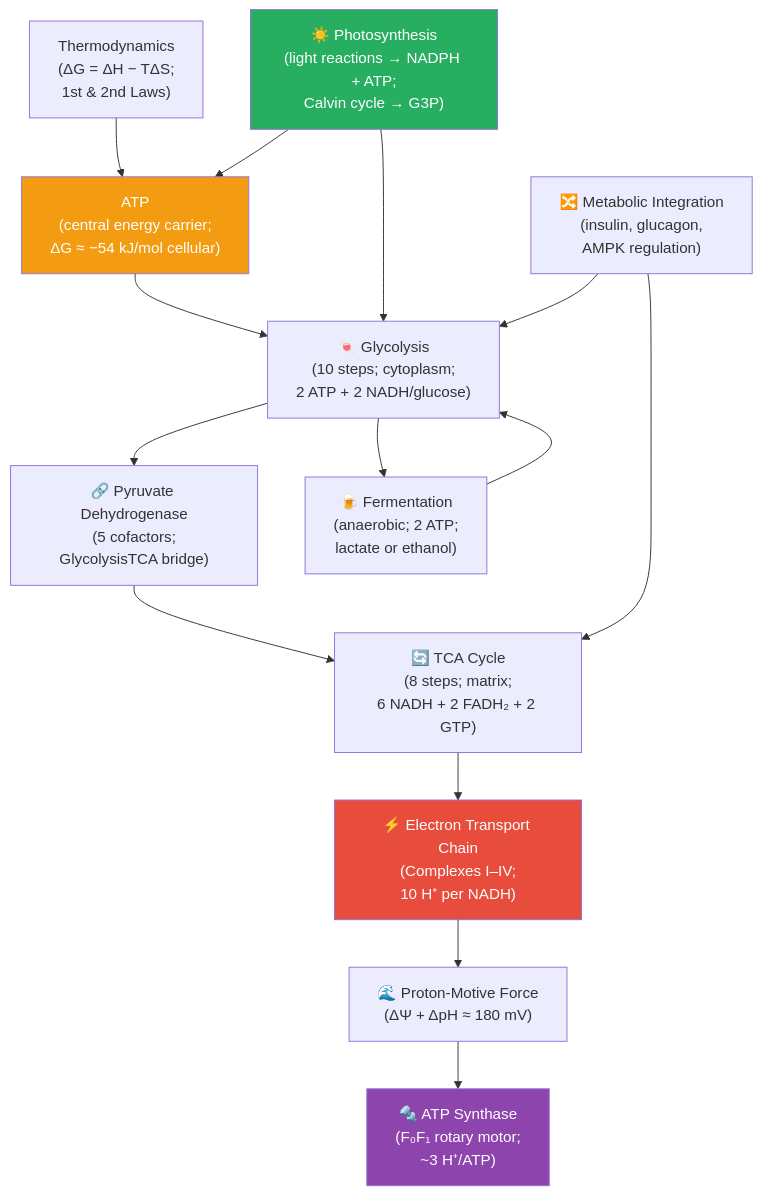
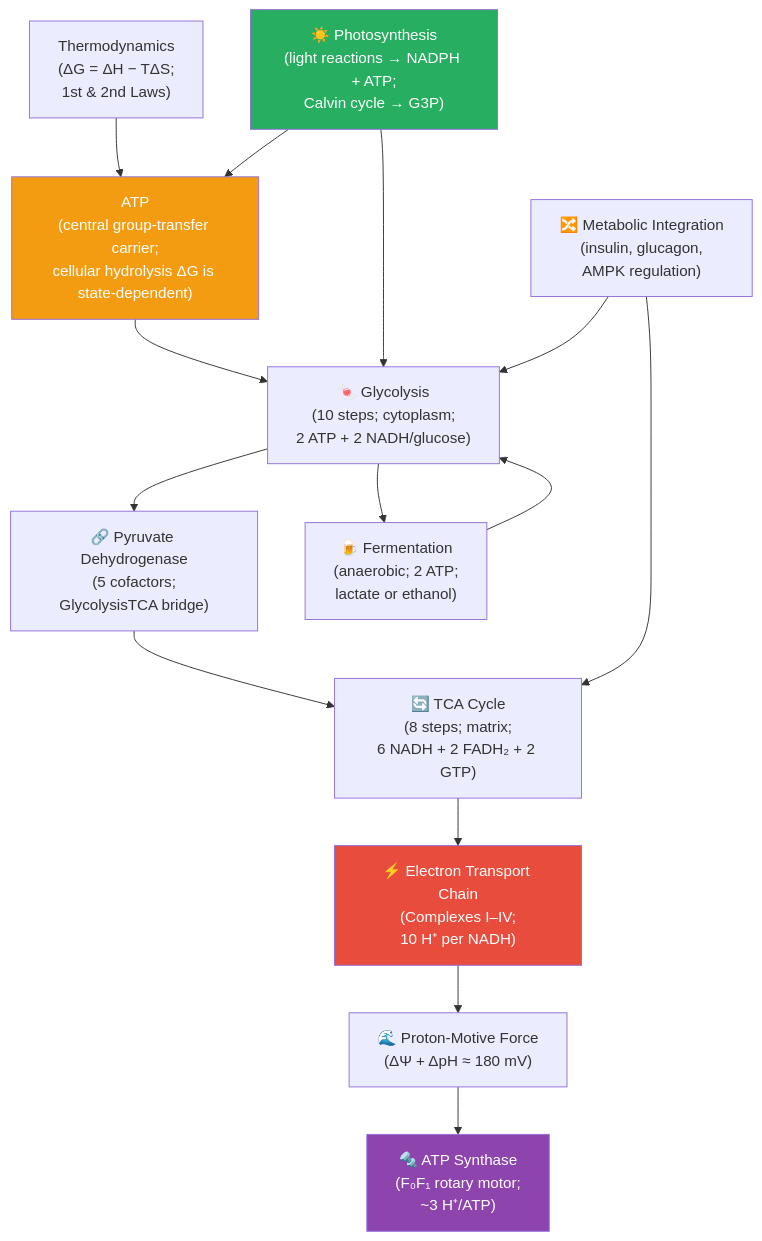
The diagram in docs/manuscript/unit_III/unit_intro.md (docxology/biology_textbook), drawn with Mermaid before and after one commit. The commit also changed other lines of this file and 444 other files, not shown here.

````diff
--- a/docs/manuscript/unit_III/unit_intro.md
+++ b/docs/manuscript/unit_III/unit_intro.md
@@ -44,26 +44,26 @@
 ```mermaid
 graph TD
-    THERMO["Thermodynamics<br/>(ΔG = ΔH − TΔS;<br/>1st & 2nd Laws)"] --> ATP["ATP<br/>(central energy carrier;<br/>ΔG ≈ −54 kJ/mol cellular)"]
+    THERMO["Thermodynamics<br/>(ΔG = ΔH − TΔS;<br/>1st & 2nd Laws)"] --> ATP["ATP<br/>(central group-transfer carrier;<br/>cellular hydrolysis ΔG is state-dependent)"]
 
     ATP --> GLYC["🍬 Glycolysis<br/>(10 steps; cytoplasm;<br/>2 ATP + 2 NADH/glucose)"]
     GLYC --> PDC["🔗 Pyruvate Dehydrogenase<br/>(5 cofactors;<br/>GlycolysisTCA bridge)"]
     PDC --> TCA["🔄 TCA Cycle<br/>(8 steps; matrix;<br/>6 NADH + 2 FADH₂ + 2 GTP)"]
 
     TCA --> ETC["⚡ Electron Transport Chain<br/>(Complexes I–IV;<br/>10 H⁺ per NADH)"]
     ETC --> PMF["🌊 Proton-Motive Force<br/>(ΔΨ + ΔpH ≈ 180 mV)"]
     PMF --> ATPS["🔩 ATP Synthase<br/>(F₀F₁ rotary motor;<br/>~3 H⁺/ATP)"]
 
     PHOTO["☀️ Photosynthesis<br/>(light reactions → NADPH + ATP;<br/>Calvin cycle → G3P)"] --> ATP
     PHOTO --> GLYC
 
     FERM["🍺 Fermentation<br/>(anaerobic; 2 ATP;<br/>lactate or ethanol)"] --> GLYC
     GLYC --> FERM
 
     INT["🔀 Metabolic Integration<br/>(insulin, glucagon,<br/>AMPK regulation)"] --> GLYC
     INT --> TCA
 
     style ATP fill:#f39c12,color:#fff
     style ETC fill:#e74c3c,color:#fff
     style PHOTO fill:#27ae60,color:#fff
     style ATPS fill:#8e44ad,color:#fff
 ```
````
